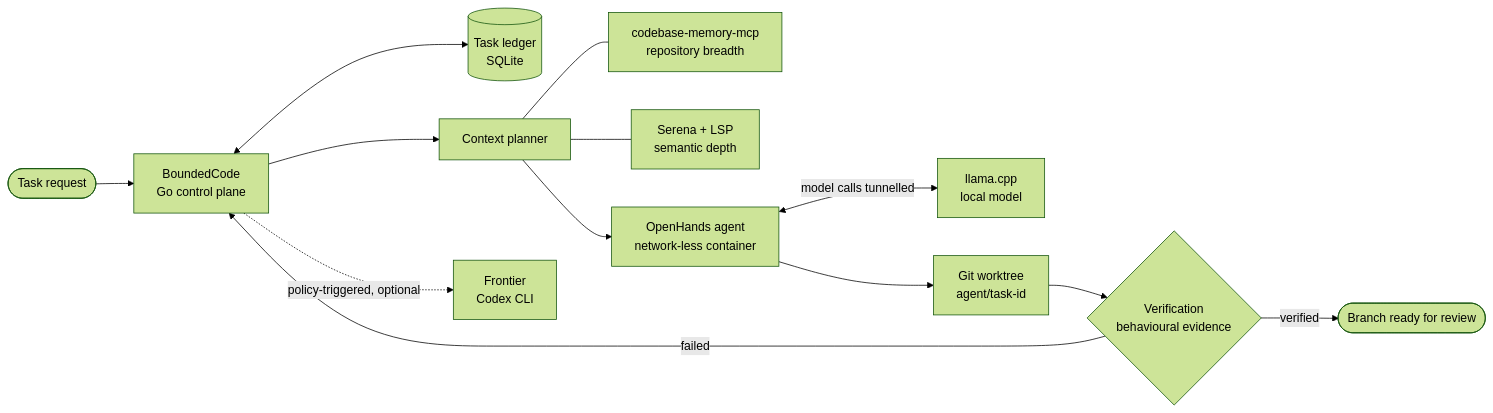
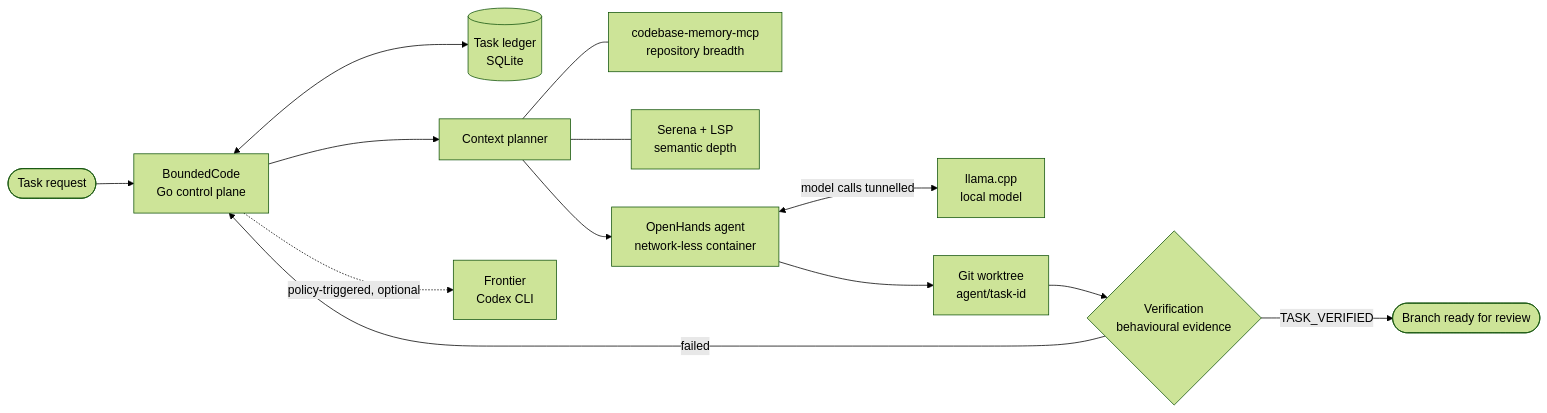
The diagram in README.md (akynte/boundedcode), drawn with Mermaid (forest theme) before and after one commit. The commit also changed other lines of this file, not shown here.

````diff
--- a/README.md
+++ b/README.md
@@ -126,15 +126,15 @@
 ```mermaid
 flowchart LR
     U([Task request]) --> CP[BoundedCode<br/>Go control plane]
     CP <--> L[(Task ledger<br/>SQLite)]
     CP --> P[Context planner]
     P --- CM[codebase-memory-mcp<br/>repository breadth]
     P --- SE[Serena + LSP<br/>semantic depth]
     P --> A[OpenHands agent<br/>network-less container]
     A <-->|model calls tunnelled| M[llama.cpp<br/>local model]
     A --> W[Git worktree<br/>agent/task-id]
     W --> V{Verification<br/>behavioural evidence}
-    V -->|verified| R([Branch ready for review])
+    V -->|TASK_VERIFIED| R([Branch ready for review])
     V -->|failed| CP
     CP -.->|policy-triggered, optional| F[Frontier<br/>Codex CLI]
 ```
````
